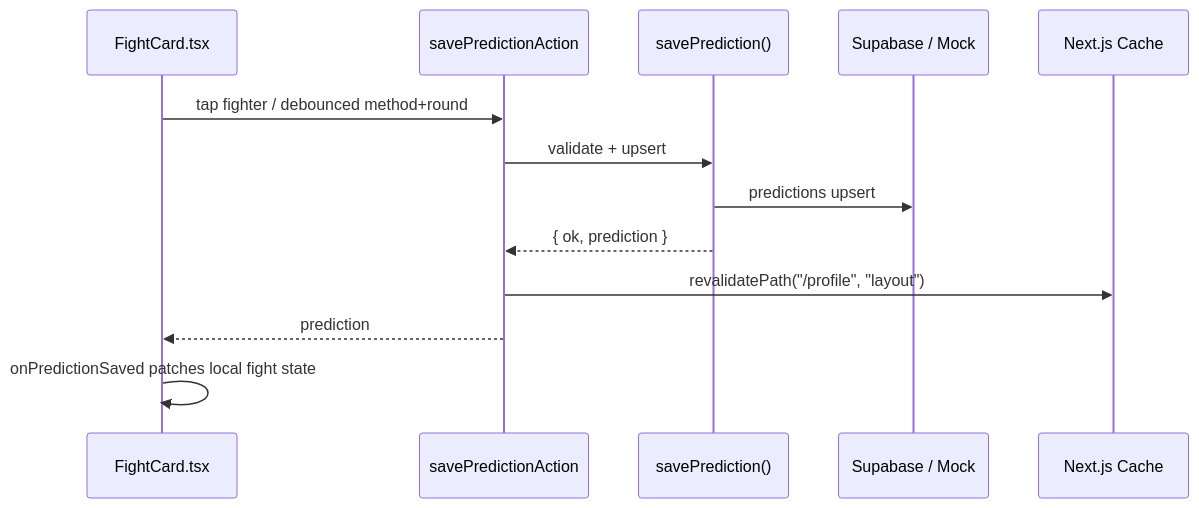
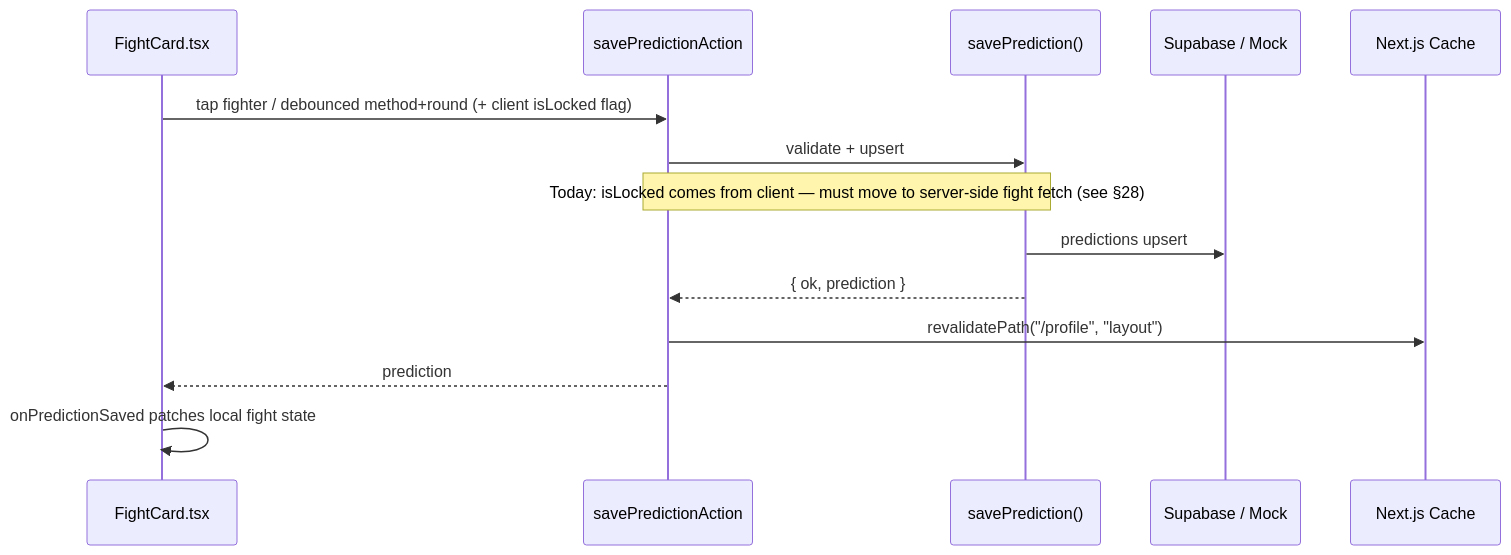
The second of 3 diagrams in docs/PICKFIST_CODE_BIBLE.md (Gilganjun/pickchamp), drawn with Mermaid before and after one commit. The commit also changed other lines of this file and 28 other files, not shown here.

First line of the commit message:
Add Stripe billing v1 with subscriptions table and checkout flow.

````diff
--- a/docs/PICKFIST_CODE_BIBLE.md
+++ b/docs/PICKFIST_CODE_BIBLE.md
@@ -146,16 +150,17 @@
 ```mermaid
 sequenceDiagram
   participant FC as FightCard.tsx
   participant SA as savePredictionAction
   participant SP as savePrediction()
   participant DB as Supabase / Mock
   participant Cache as Next.js Cache
 
-  FC->>SA: tap fighter / debounced method+round
+  FC->>SA: tap fighter / debounced method+round (+ client isLocked flag)
   SA->>SP: validate + upsert
+  Note over SA,SP: Today: isLocked comes from client — must move to server-side fight fetch (see §28)
   SP->>DB: predictions upsert
   SP-->>SA: { ok, prediction }
   SA->>Cache: revalidatePath("/profile", "layout")
   SA-->>FC: prediction
   FC->>FC: onPredictionSaved patches local fight state
 ```
````
